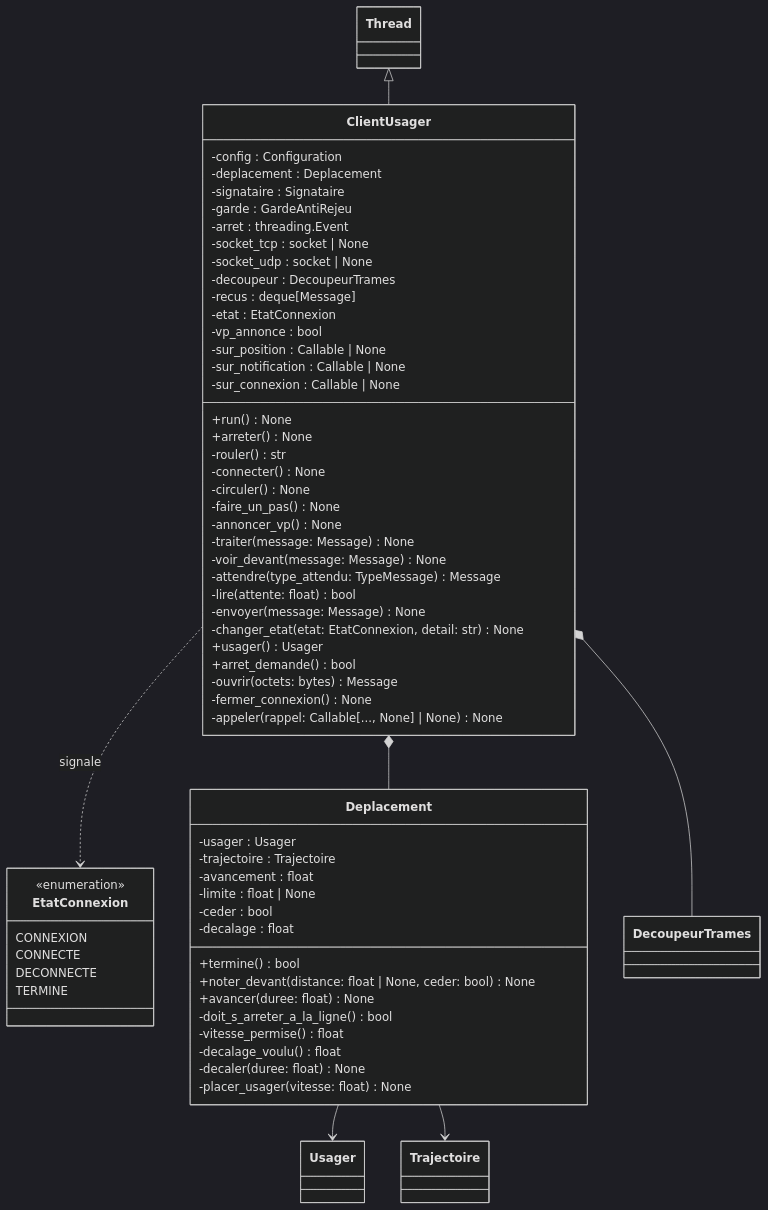
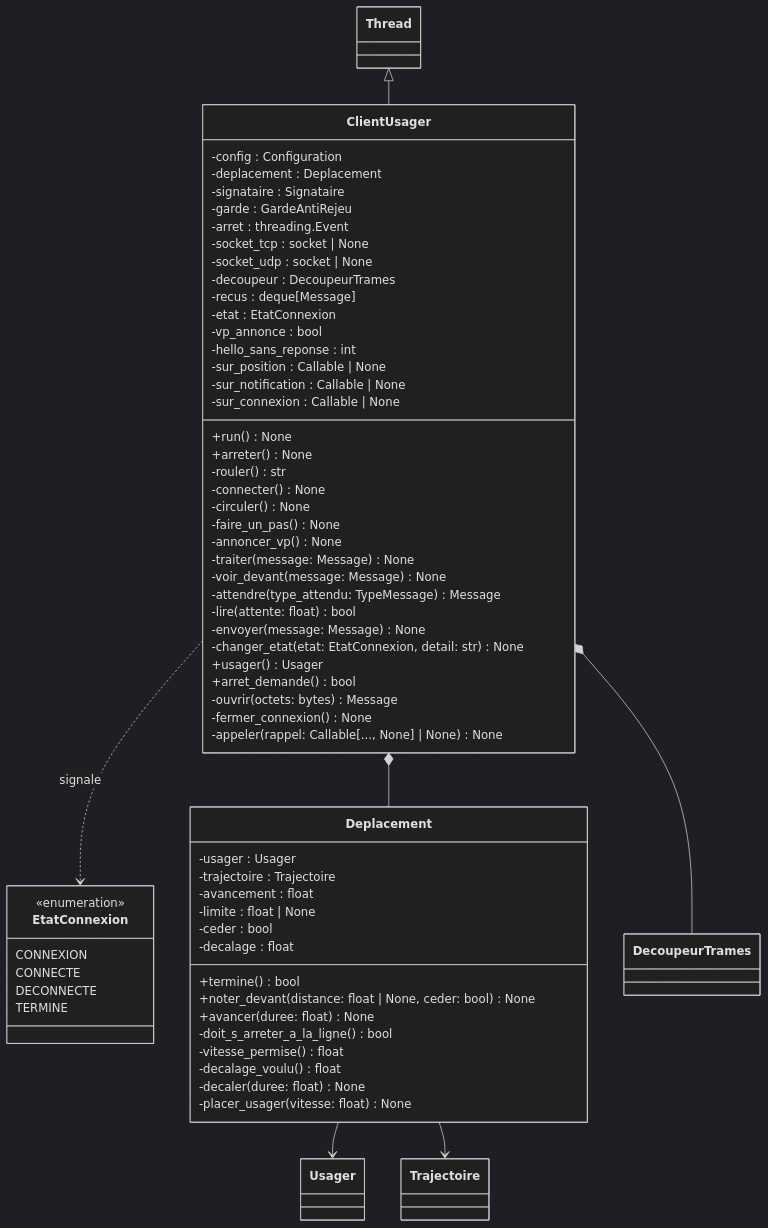
One commit to vRayzix/SAE3.02_Developper-une-application-communicante changed the tenth of 12 diagrams in docs/uml.md. Above: the diagram before and after it, drawn with Mermaid (dark theme). The commit also changed other lines of this file and 2 other files, not shown here.

````diff
--- a/docs/uml.md
+++ b/docs/uml.md
@@ -697,71 +701,72 @@
 ```mermaid
 classDiagram
     class Thread
 
     class EtatConnexion {
         <<enumeration>>
         CONNEXION
         CONNECTE
         DECONNECTE
         TERMINE
     }
 
     class ClientUsager {
         -config : Configuration
         -deplacement : Deplacement
         -signataire : Signataire
         -garde : GardeAntiRejeu
         -arret : threading.Event
         -socket_tcp : socket | None
         -socket_udp : socket | None
         -decoupeur : DecoupeurTrames
         -recus : deque[Message]
         -etat : EtatConnexion
         -vp_annonce : bool
+        -hello_sans_reponse : int
         -sur_position : Callable | None
         -sur_notification : Callable | None
         -sur_connexion : Callable | None
         +run() None
         +arreter() None
         -rouler() str
         -connecter() None
         -circuler() None
         -faire_un_pas() None
         -annoncer_vp() None
         -traiter(message: Message) None
         -voir_devant(message: Message) None
         -attendre(type_attendu: TypeMessage) Message
         -lire(attente: float) bool
         -envoyer(message: Message) None
         -changer_etat(etat: EtatConnexion, detail: str) None
         +usager() Usager
         +arret_demande() bool
         -ouvrir(octets: bytes) Message
         -fermer_connexion() None
         -appeler(rappel: Callable[..., None] | None) None
     }
 
     class Deplacement {
         -usager : Usager
         -trajectoire : Trajectoire
         -avancement : float
         -limite : float | None
         -ceder : bool
         -decalage : float
         +termine() bool
         +noter_devant(distance: float | None, ceder: bool) None
         +avancer(duree: float) None
         -doit_s_arreter_a_la_ligne() bool
         -vitesse_permise() float
         -decalage_voulu() float
         -decaler(duree: float) None
         -placer_usager(vitesse: float) None
     }
 
     Thread <|-- ClientUsager
     ClientUsager *-- Deplacement
     ClientUsager ..> EtatConnexion : signale
     ClientUsager *-- DecoupeurTrames
     Deplacement --> Usager
     Deplacement --> Trajectoire
 ```
````
